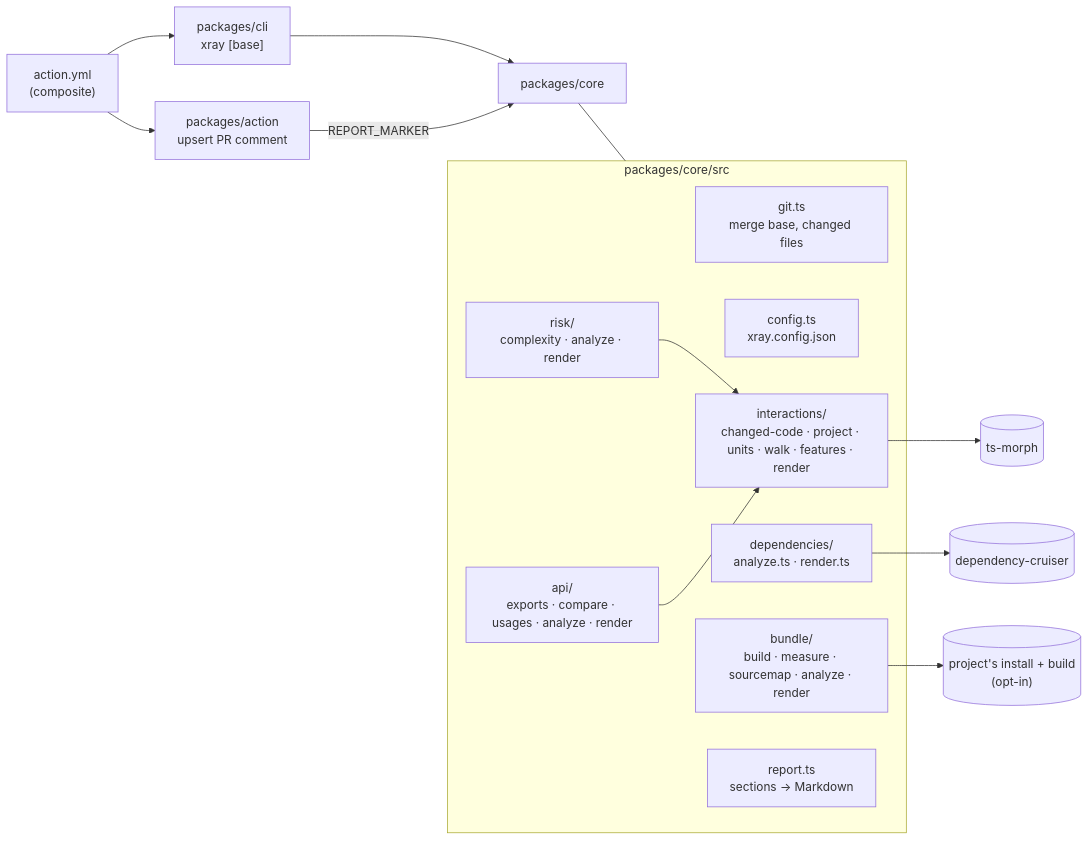
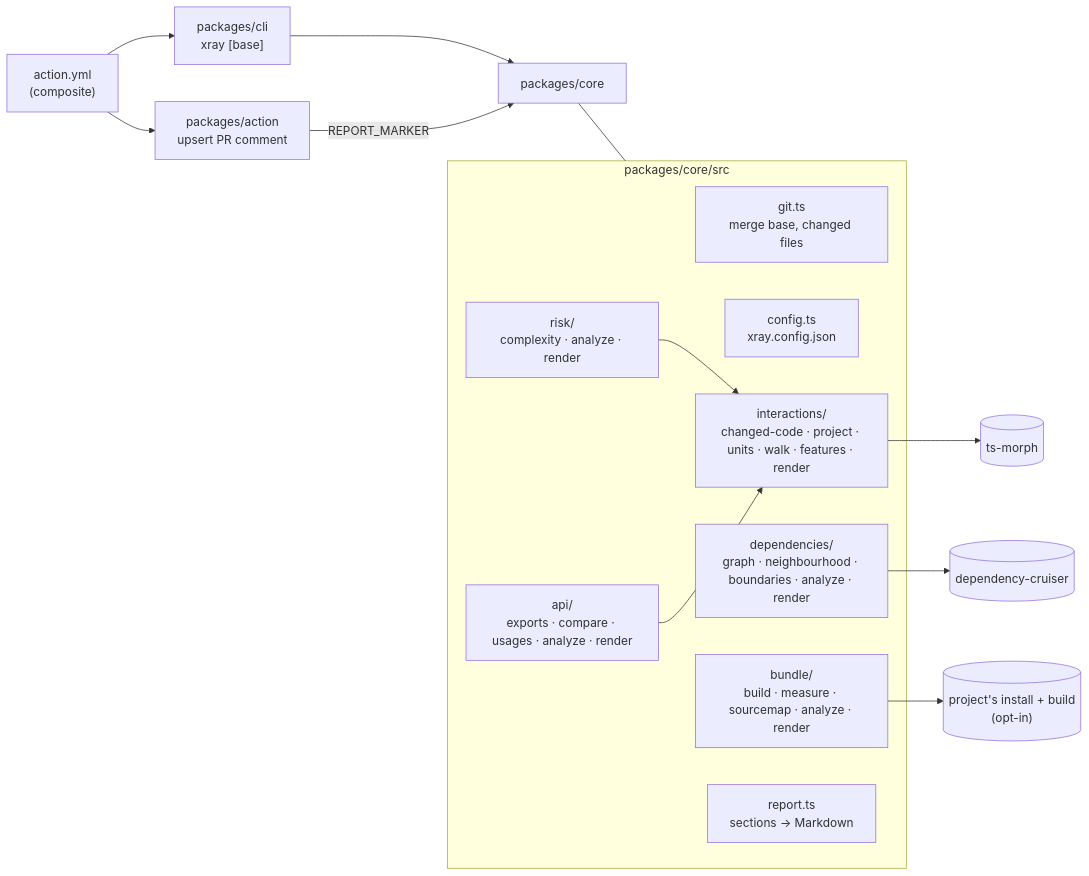
Before and after one commit to pearpages/xray: the diagram in architecture.md, drawn with Mermaid. The commit also changed other lines of this file and 16 other files, not shown here.

First line of the commit message:
refactor(core): split dependencies/analyze.ts by responsibility

````diff
--- a/architecture.md
+++ b/architecture.md
@@ -26,23 +26,23 @@
 ```mermaid
 flowchart LR
   action_yml["action.yml<br/>(composite)"] --> cli["packages/cli<br/>xray [base]"]
   action_yml --> comment["packages/action<br/>upsert PR comment"]
   cli --> core["packages/core"]
   comment -->|REPORT_MARKER| core
   subgraph core_internals["packages/core/src"]
     git["git.ts<br/>merge base, changed files"]
     config["config.ts<br/>xray.config.json"]
-    deps["dependencies/<br/>analyze.ts · render.ts"]
+    deps["dependencies/<br/>graph · neighbourhood · boundaries · analyze · render"]
     inter["interactions/<br/>changed-code · project · units · walk · features · render"]
     risk["risk/<br/>complexity · analyze · render"]
     api["api/<br/>exports · compare · usages · analyze · render"]
     bundle["bundle/<br/>build · measure · sourcemap · analyze · render"]
     report["report.ts<br/>sections → Markdown"]
   end
   core --- core_internals
   deps --> depcruise[("dependency-cruiser")]
   inter --> tsmorph[("ts-morph")]
   risk --> inter
   api --> inter
   bundle --> npmbuild[("project's install + build<br/>(opt-in)")]
 ```
````
